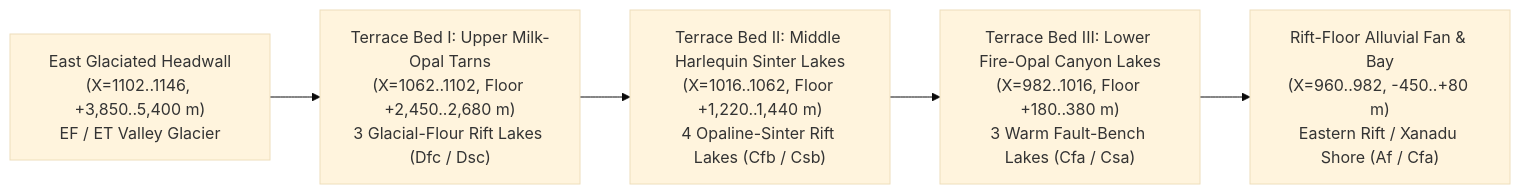
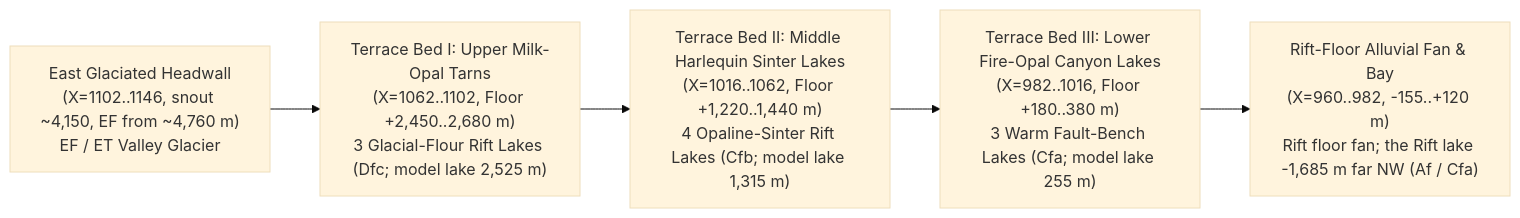
Before and after one commit to traviso761-debug/krator-master: the diagram in biomes/opalvalley/PLAN.md, drawn with Mermaid (base theme). The commit also changed other lines of this file, not shown here.

First line of the commit message:
opalvalley: the plan checked against scale model 5.1, its core adoption, defaults and order of work

````diff
--- a/biomes/opalvalley/PLAN.md
+++ b/biomes/opalvalley/PLAN.md
@@ -40,7 +81,7 @@
 ```mermaid
 flowchart LR
-    G["East Glaciated Headwall\n(X=1102..1146, +3,850..5,400 m)\nEF / ET Valley Glacier"] --> T1["Terrace Bed I: Upper Milk-Opal Tarns\n(X=1062..1102, Floor +2,450..2,680 m)\n3 Glacial-Flour Rift Lakes (Dfc / Dsc)"]
-    T1 --> T2["Terrace Bed II: Middle Harlequin Sinter Lakes\n(X=1016..1062, Floor +1,220..1,440 m)\n4 Opaline-Sinter Rift Lakes (Cfb / Csb)"]
-    T2 --> T3["Terrace Bed III: Lower Fire-Opal Canyon Lakes\n(X=982..1016, Floor +180..380 m)\n3 Warm Fault-Bench Lakes (Cfa / Csa)"]
-    T3 --> R["Rift-Floor Alluvial Fan & Bay\n(X=960..982, -450..+80 m)\nEastern Rift / Xanadu Shore (Af / Cfa)"]
+    G["East Glaciated Headwall\n(X=1102..1146, snout ~4,150, EF from ~4,760 m)\nEF / ET Valley Glacier"] --> T1["Terrace Bed I: Upper Milk-Opal Tarns\n(X=1062..1102, Floor +2,450..2,680 m)\n3 Glacial-Flour Rift Lakes (Dfc; model lake 2,525 m)"]
+    T1 --> T2["Terrace Bed II: Middle Harlequin Sinter Lakes\n(X=1016..1062, Floor +1,220..1,440 m)\n4 Opaline-Sinter Rift Lakes (Cfb; model lake 1,315 m)"]
+    T2 --> T3["Terrace Bed III: Lower Fire-Opal Canyon Lakes\n(X=982..1016, Floor +180..380 m)\n3 Warm Fault-Bench Lakes (Cfa; model lake 255 m)"]
+    T3 --> R["Rift-Floor Alluvial Fan & Bay\n(X=960..982, -155..+120 m)\nRift floor fan; the Rift lake -1,685 m far NW (Af / Cfa)"]
 ```
````
